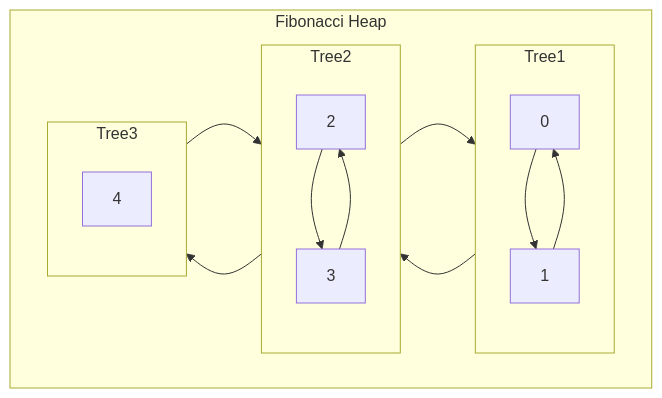
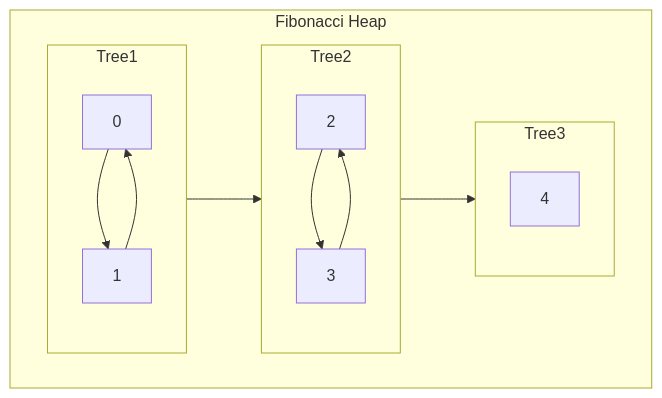
One commit to alkasher/Fibonacci_Heap changed the second of 2 diagrams in README.md. Above: the diagram before and after it, drawn with Mermaid.

````diff
--- a/README.md
+++ b/README.md
@@ -43,21 +43,19 @@
 ```mermaid
 graph TD
 subgraph Tree1
 A[0] --> B[1]
 B[1] --> A[0]
 end
 subgraph Tree2
 C[2] --> D[3]
 D[3] --> C[2]
 end
 subgraph Tree3
 E[4]
 end
 subgraph Fibonacci Heap
 direction LR
 Tree1-->Tree2
-Tree2-->Tree1
 Tree2-->Tree3
-Tree3-->Tree2
 end
 ```
````
